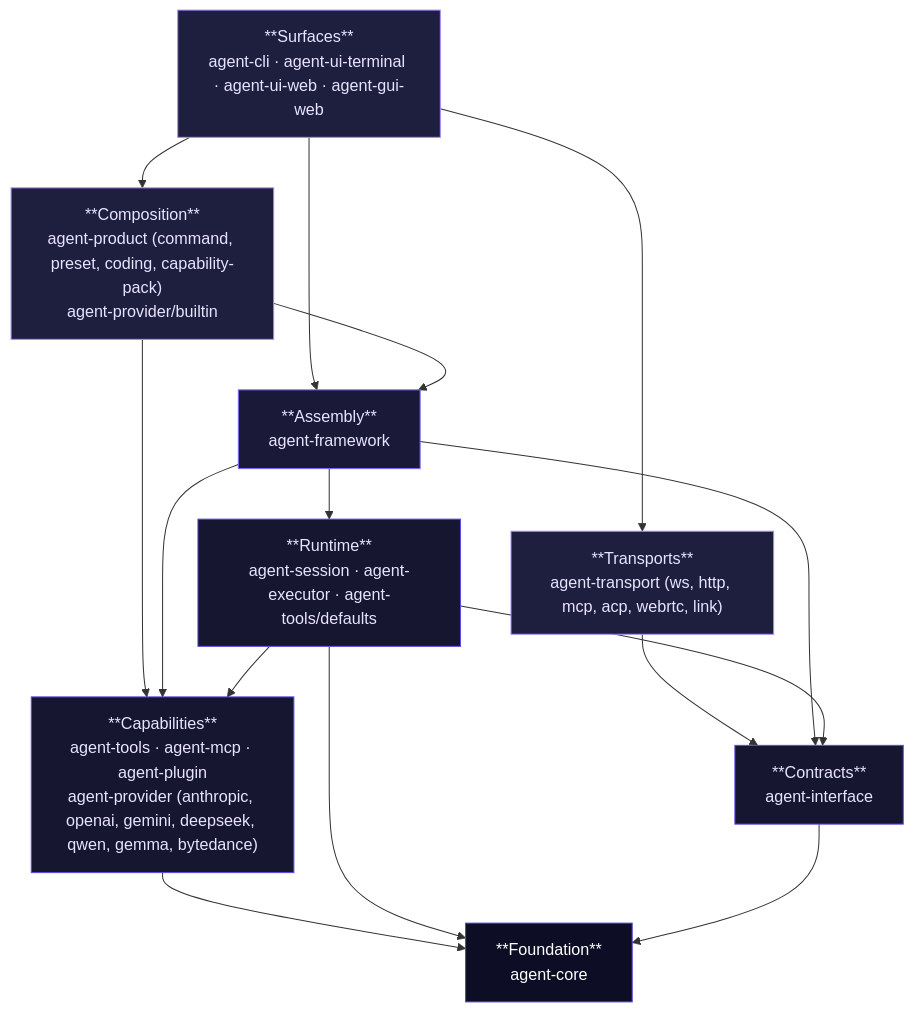
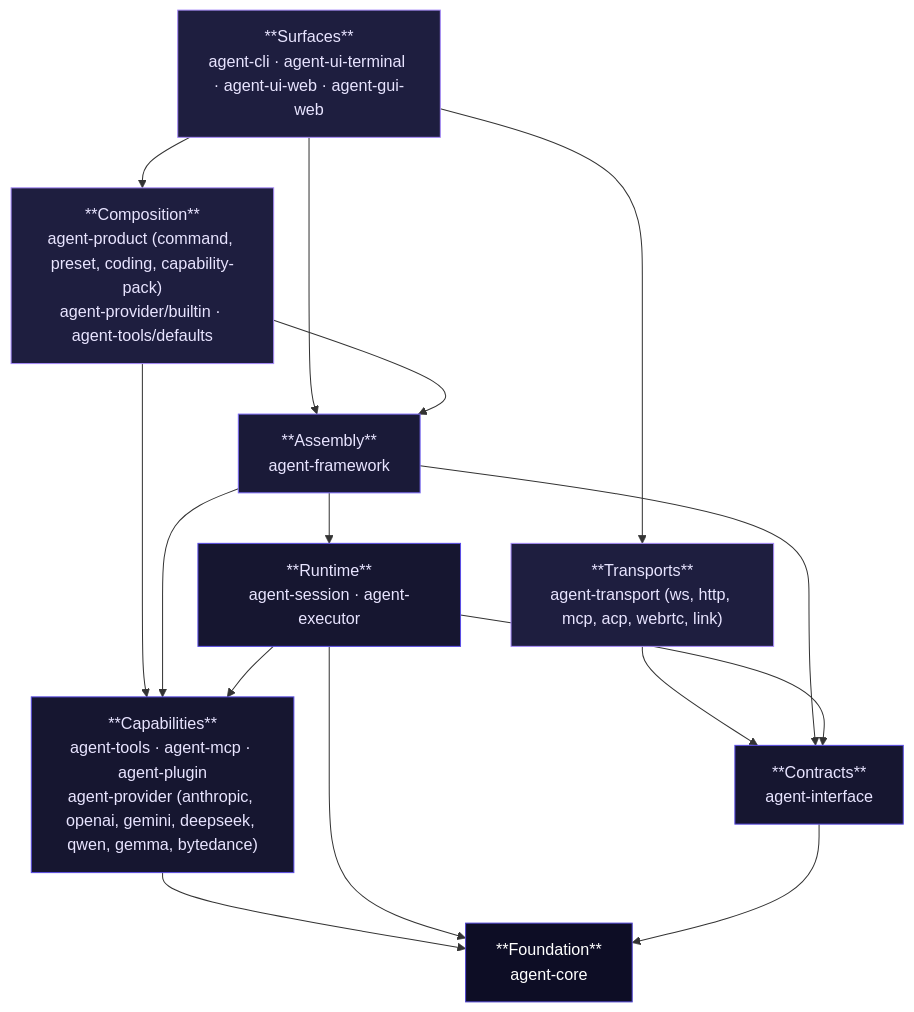
The diagram in content/guide/architecture.md (woojubb/robota), drawn with Mermaid before and after one commit. The commit also changed other lines of this file and 152 other files, not shown here.

````diff
--- a/content/guide/architecture.md
+++ b/content/guide/architecture.md
@@ -33,36 +29,36 @@
 ```mermaid
 flowchart TB
     SURF["**Surfaces**\nagent-cli · agent-ui-terminal · agent-ui-web · agent-gui-web"]
     TRANS["**Transports**\nagent-transport (ws, http, mcp, acp, webrtc, link)"]
-    COMP["**Composition**\nagent-product (command, preset, coding, capability-pack)\nagent-provider/builtin"]
+    COMP["**Composition**\nagent-product (command, preset, coding, capability-pack)\nagent-provider/builtin · agent-tools/defaults"]
     FW["**Assembly**\nagent-framework"]
-    RT["**Runtime**\nagent-session · agent-executor · agent-tools/defaults"]
+    RT["**Runtime**\nagent-session · agent-executor"]
     CAP["**Capabilities**\nagent-tools · agent-mcp · agent-plugin\nagent-provider (anthropic, openai, gemini, deepseek, qwen, gemma, bytedance)"]
     IF["**Contracts**\nagent-interface"]
     CORE["**Foundation**\nagent-core"]
 
     SURF --> TRANS
     SURF --> COMP
     SURF --> FW
     COMP --> FW
     COMP --> CAP
     TRANS --> IF
     FW --> RT
     FW --> CAP
     FW --> IF
     RT --> IF
     RT --> CAP
     CAP --> CORE
     RT --> CORE
     IF --> CORE
 
     classDef edge fill:#1e1e3f,stroke:#a78bfa,color:#e8e4ff
     classDef framework fill:#1a1a38,stroke:#7c6bf7,color:#e8e4ff
     classDef general fill:#161630,stroke:#5a4de6,color:#e8e4ff
     classDef core fill:#0d0d25,stroke:#4f44d0,color:#fff
 
     class SURF,TRANS,COMP edge
     class FW framework
     class RT,CAP,IF general
     class CORE core
 ```
````
